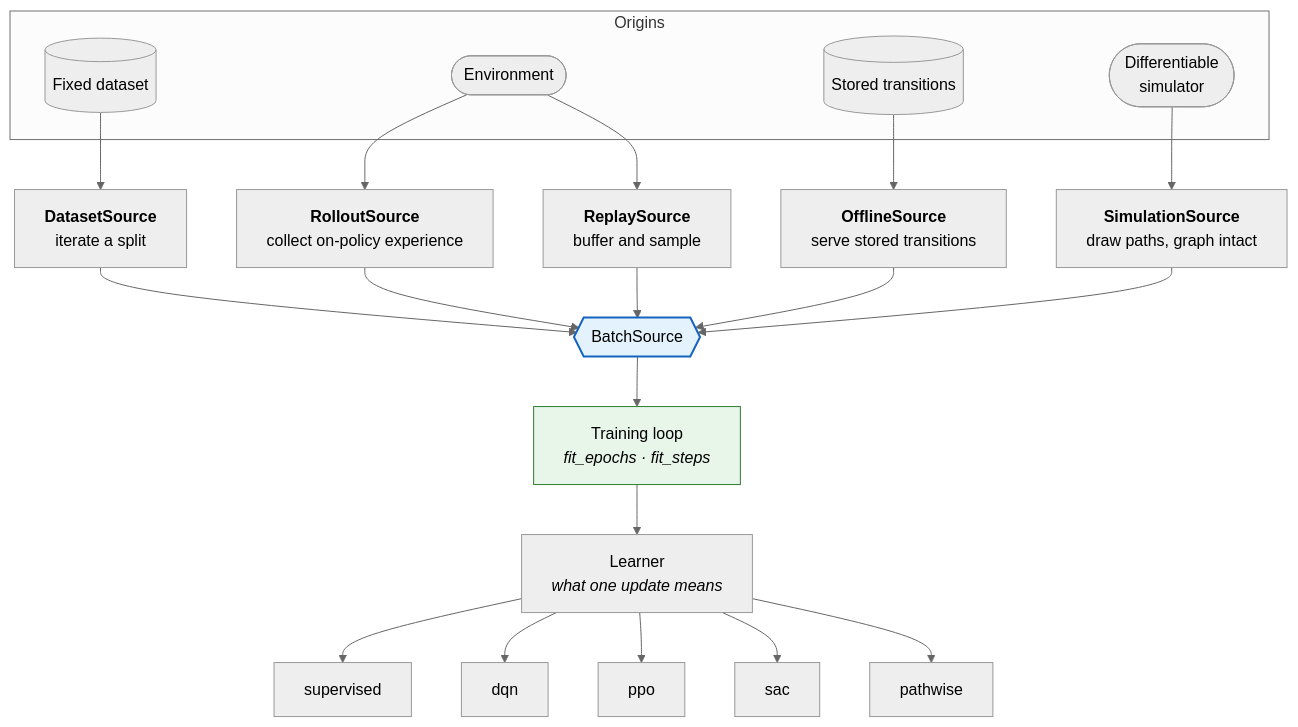
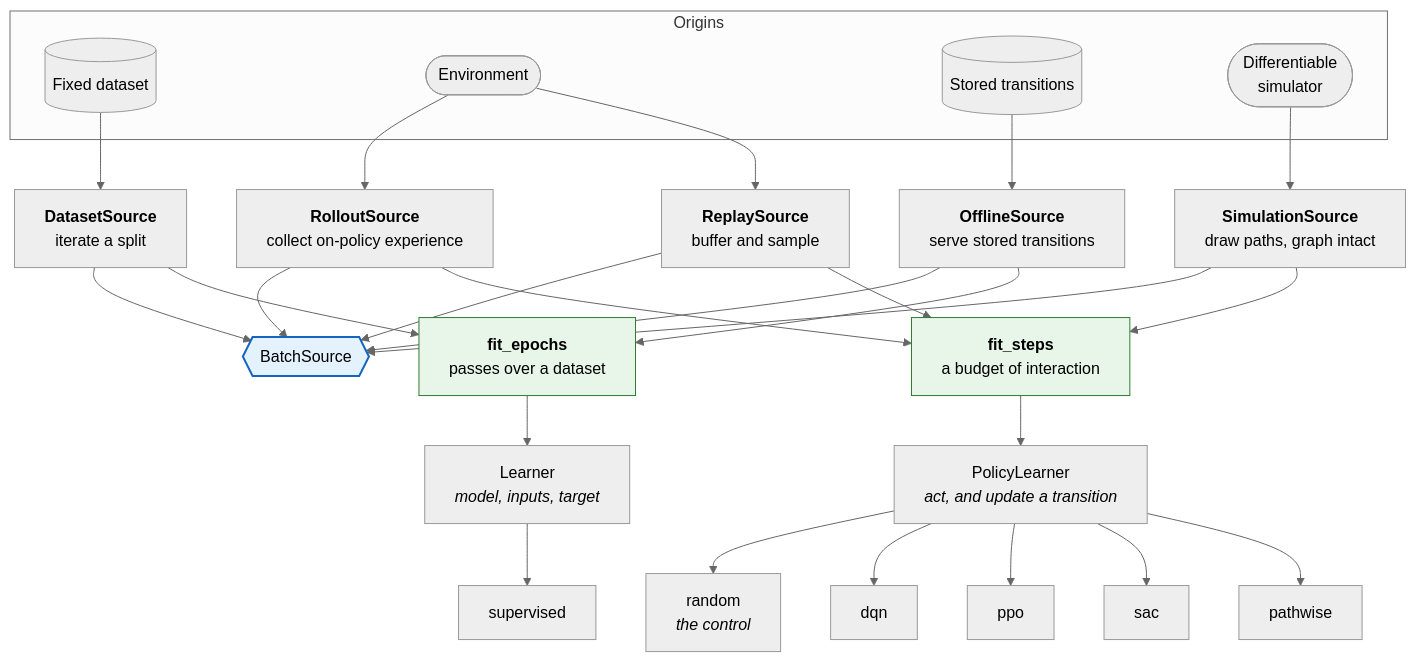
One commit to JStevens95/QuantStrata changed diagram 11 of 17 in src/rade_qnet/docs/ARCHITECTURE.md. Above: the diagram before and after it, drawn with Mermaid (neutral theme). The commit also changed other lines of this file and 31 other files, not shown here.

````diff
--- a/src/rade_qnet/docs/ARCHITECTURE.md
+++ b/src/rade_qnet/docs/ARCHITECTURE.md
@@ -459,39 +459,47 @@
 ```mermaid
 flowchart TD
     subgraph ORIGINS["Origins"]
         D[("Fixed dataset")]
         E(["Environment"])
         R[("Stored transitions")]
         SIM(["Differentiable<br/>simulator"])
     end
 
     DS["<b>DatasetSource</b><br/>iterate a split"]
     RO["<b>RolloutSource</b><br/>collect on-policy experience"]
     RP["<b>ReplaySource</b><br/>buffer and sample"]
     OF["<b>OfflineSource</b><br/>serve stored transitions"]
     SS["<b>SimulationSource</b><br/>draw paths, graph intact"]
 
     D --> DS
     E --> RO
     E --> RP
     R --> OF
     SIM --> SS
 
     DS --> BS{{"BatchSource"}}
     RO --> BS
     RP --> BS
     OF --> BS
     SS --> BS
 
-    BS --> LOOP["Training loop<br/><i>fit_epochs · fit_steps</i>"]
-    LOOP --> LEARNER["Learner<br/><i>what one update means</i>"]
+    DS --> EP["<b>fit_epochs</b><br/>passes over a dataset"]
+    RO --> ST["<b>fit_steps</b><br/>a budget of interaction"]
+    RP --> ST
+    OF --> EP
+    SS --> ST
+
+    EP --> LEARNER["Learner<br/><i>model, inputs, target</i>"]
+    ST --> PLEARNER["PolicyLearner<br/><i>act, and update a transition</i>"]
 
     LEARNER --> L1["supervised"]
-    LEARNER --> L2["dqn"]
-    LEARNER --> L3["ppo"]
-    LEARNER --> L4["sac"]
-    LEARNER --> L5["pathwise"]
+    PLEARNER --> L0["random<br/><i>the control</i>"]
+    PLEARNER --> L2["dqn"]
+    PLEARNER --> L3["ppo"]
+    PLEARNER --> L4["sac"]
+    PLEARNER --> L5["pathwise"]
 
     style BS fill:#e3f2fd,stroke:#1565c0,stroke-width:2px
-    style LOOP fill:#e8f5e9,stroke:#2e7d32
+    style EP fill:#e8f5e9,stroke:#2e7d32
+    style ST fill:#e8f5e9,stroke:#2e7d32
 ```
````
